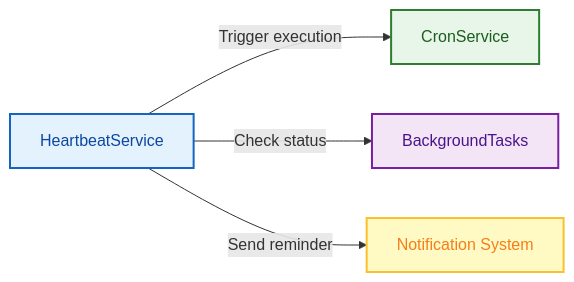
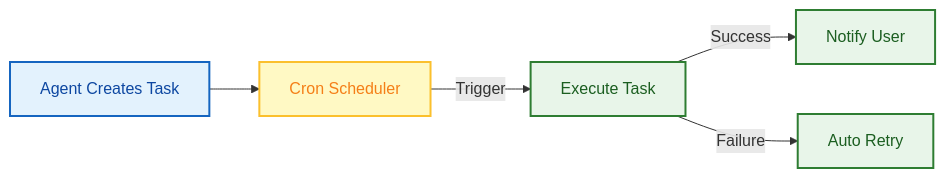
The ninth of 15 diagrams in docs/en-US/blog/finchbot-flexible-ai-agent-framework.md (zhangjingyuan177-hue/FinchBot), drawn with Mermaid before and after one commit. The commit also changed other lines of this file and 4 other files, not shown here.

````diff
--- a/docs/en-US/blog/finchbot-flexible-ai-agent-framework.md
+++ b/docs/en-US/blog/finchbot-flexible-ai-agent-framework.md
@@ -912,16 +433,11 @@
 ```mermaid
 flowchart LR
-    classDef heartbeat fill:#e3f2fd,stroke:#1565c0,stroke-width:2px,color:#0d47a1;
-    classDef cron fill:#e8f5e9,stroke:#2e7d32,stroke-width:2px,color:#1b5e20;
-    classDef background fill:#f3e5f5,stroke:#7b1fa2,stroke-width:2px,color:#4a148c;
-    classDef notify fill:#fff9c4,stroke:#fbc02d,stroke-width:2px,color:#f57f17;
+    classDef agent fill:#e3f2fd,stroke:#1565c0,stroke-width:2px,color:#0d47a1;
+    classDef system fill:#fff9c4,stroke:#fbc02d,stroke-width:2px,color:#f57f17;
+    classDef action fill:#e8f5e9,stroke:#2e7d32,stroke-width:2px,color:#1b5e20;
 
-    H[HeartbeatService]:::heartbeat
-    C[CronService]:::cron
-    B[BackgroundTasks]:::background
-    N[Notification System]:::notify
-
-    H --> |Trigger execution| C
-    H --> |Check status| B
-    H --> |Send reminder| N
+    Agent[Agent Creates Task]:::agent --> Scheduler[Cron Scheduler]:::system
+    Scheduler --> |Trigger| Execute[Execute Task]:::action
+    Execute --> |Success| Notify[Notify User]:::action
+    Execute --> |Failure| Retry[Auto Retry]:::action
 ```
````
